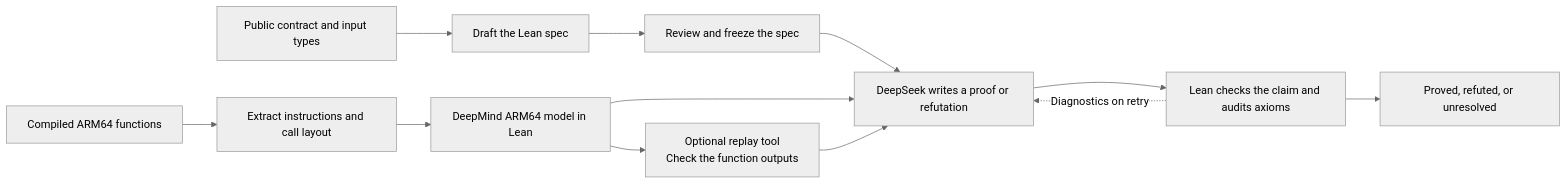
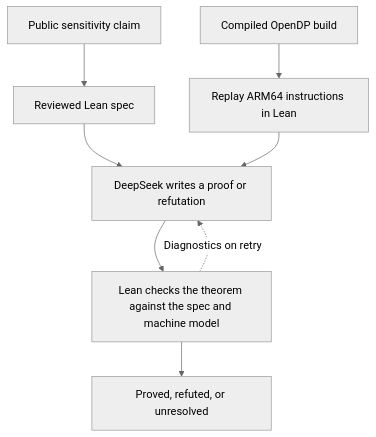
The diagram in README.md (molinamarcvdb/bitverdict), drawn with Mermaid (neutral theme) before and after one commit. The commit also changed other lines of this file and 4 other files, not shown here.

````diff
--- a/README.md
+++ b/README.md
@@ -5,14 +12,10 @@
 ```mermaid
-flowchart LR
-    Brief["Public contract and input types"] --> Draft["Draft the Lean spec"]
-    Draft --> Review["Review and freeze the spec"]
-    Binary["Compiled ARM64 functions"] --> Extract["Extract instructions and call layout"]
-    Extract --> Machine["DeepMind ARM64 model in Lean"]
-    Machine --> Replay["Optional replay tool<br/>Check the function outputs"]
-    Review --> Agent["DeepSeek writes a proof or refutation"]
+flowchart TD
+    Brief["Public sensitivity claim"] --> Spec["Reviewed Lean spec"]
+    Binary["Compiled OpenDP build"] --> Machine["Replay ARM64 instructions in Lean"]
+    Spec --> Agent["DeepSeek writes a proof or refutation"]
     Machine --> Agent
-    Replay --> Agent
-    Agent --> Check["Lean checks the claim and audits axioms"]
+    Agent --> Check["Lean checks the theorem against the spec and machine model"]
     Check --> Result["Proved, refuted, or unresolved"]
     Check -. "Diagnostics on retry" .-> Agent
 ```
````
